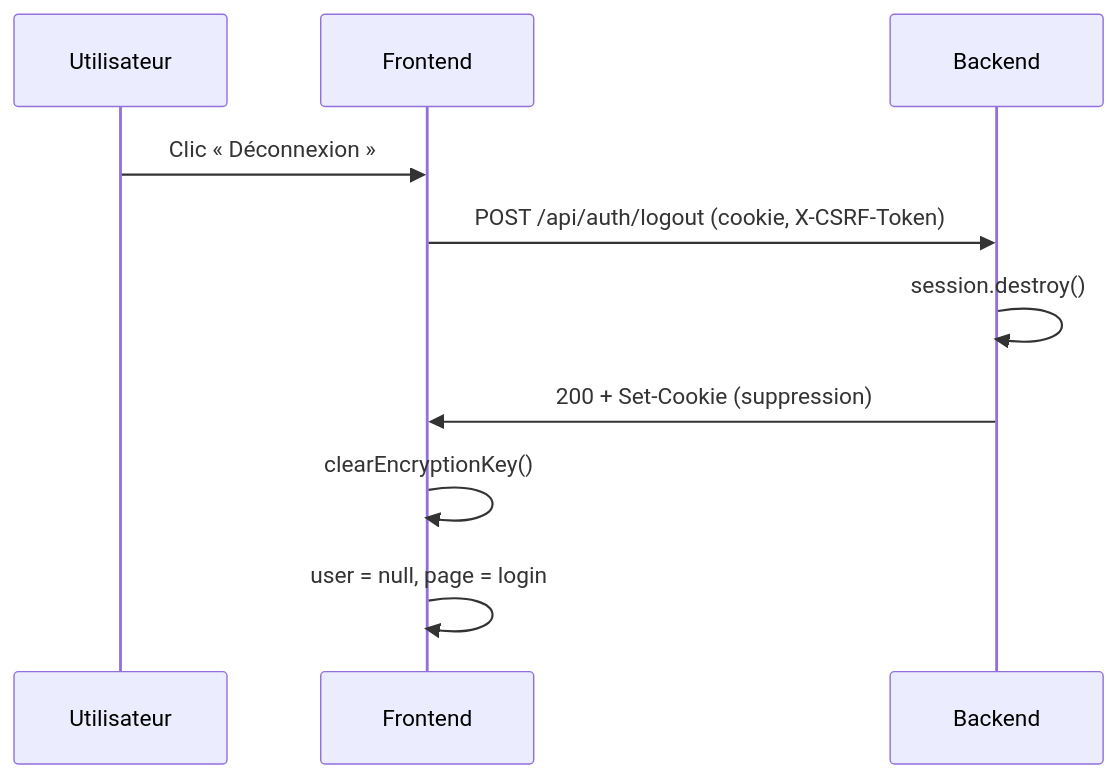
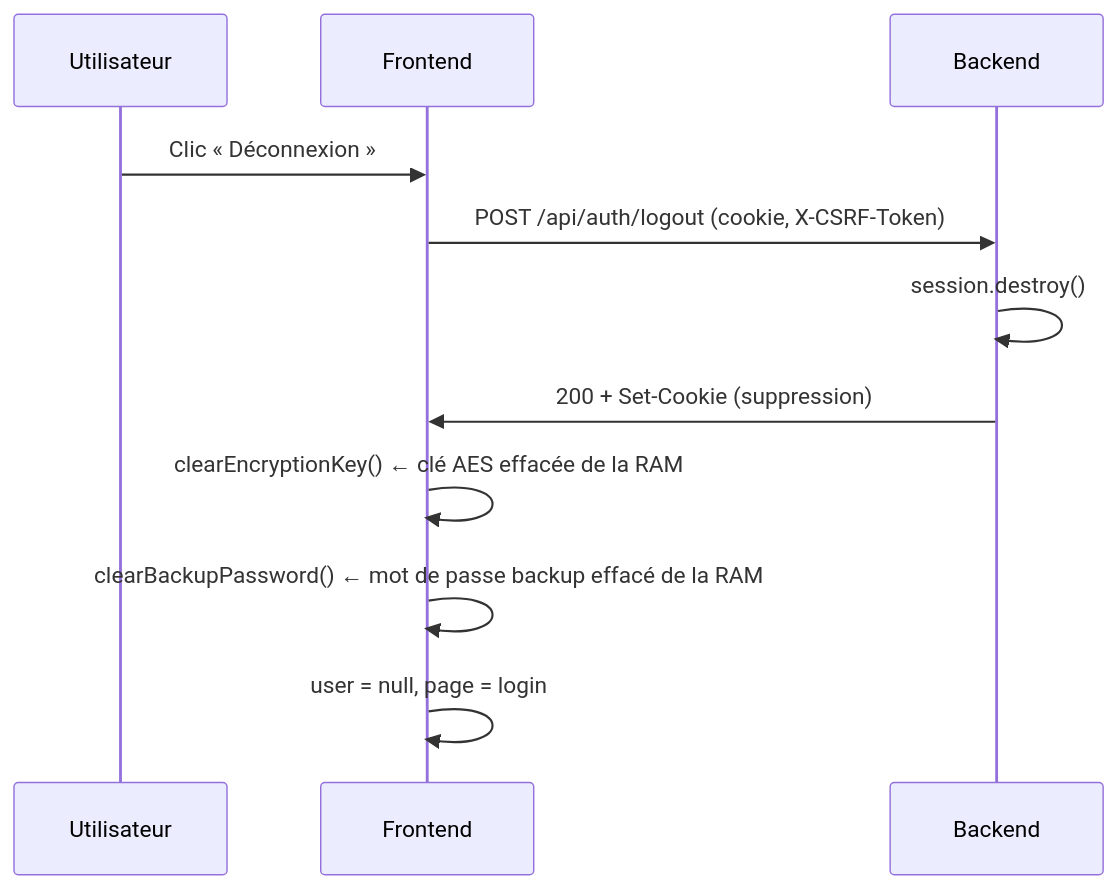
Before and after one commit to bannik62/zerok-billing: the fifth of 5 diagrams in docs/auth-session-derivation-cle.md, drawn with Mermaid. The commit also changed other lines of this file and 6 other files, not shown here.

````diff
--- a/docs/auth-session-derivation-cle.md
+++ b/docs/auth-session-derivation-cle.md
@@ -107,13 +166,14 @@
 ```mermaid
 sequenceDiagram
     participant U as Utilisateur
     participant F as Frontend
     participant B as Backend
 
     U->>F: Clic « Déconnexion »
     F->>B: POST /api/auth/logout (cookie, X-CSRF-Token)
     B->>B: session.destroy()
     B->>F: 200 + Set-Cookie (suppression)
-    F->>F: clearEncryptionKey()
+    F->>F: clearEncryptionKey()  ← clé AES effacée de la RAM
+    F->>F: clearBackupPassword() ← mot de passe backup effacé de la RAM
     F->>F: user = null, page = login
 ```
````
